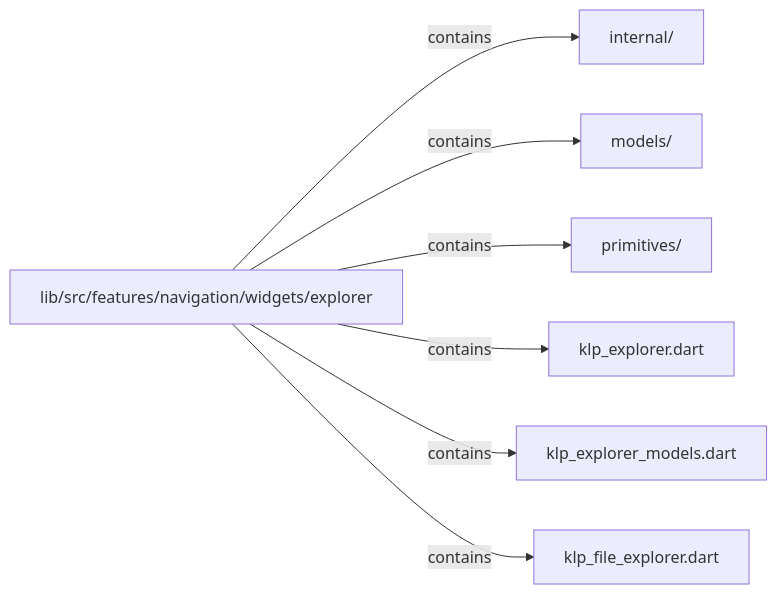
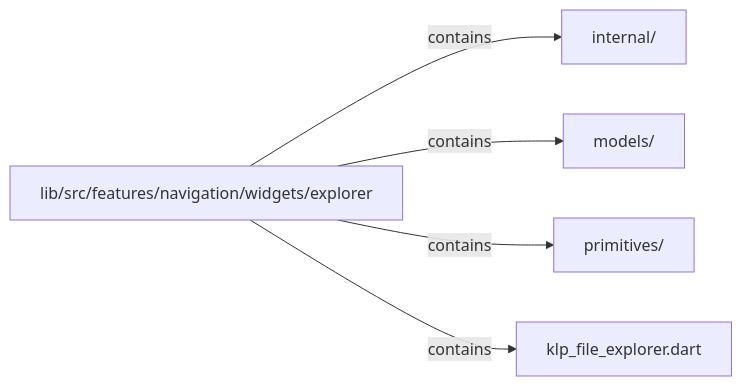
Before and after one commit to MiuDog/Kallopis: the second of 2 diagrams in docs/architecture/src/features/navigation/widgets/explorer/README.md, drawn with Mermaid. The commit also changed other lines of this file and 2796 other files, not shown here.

````diff
--- a/docs/architecture/src/features/navigation/widgets/explorer/README.md
+++ b/docs/architecture/src/features/navigation/widgets/explorer/README.md
@@ -70,16 +53,12 @@
 ```mermaid
 flowchart LR
 	n0["lib/src/features/navigation/widgets/explorer"]
 	n1["internal/"]
 	n2["models/"]
 	n3["primitives/"]
-	n4["klp_explorer.dart"]
-	n5["klp_explorer_models.dart"]
-	n6["klp_file_explorer.dart"]
+	n4["klp_file_explorer.dart"]
 	n0 -->|"contains"| n1
 	n0 -->|"contains"| n2
 	n0 -->|"contains"| n3
 	n0 -->|"contains"| n4
-	n0 -->|"contains"| n5
-	n0 -->|"contains"| n6
 ```
````
